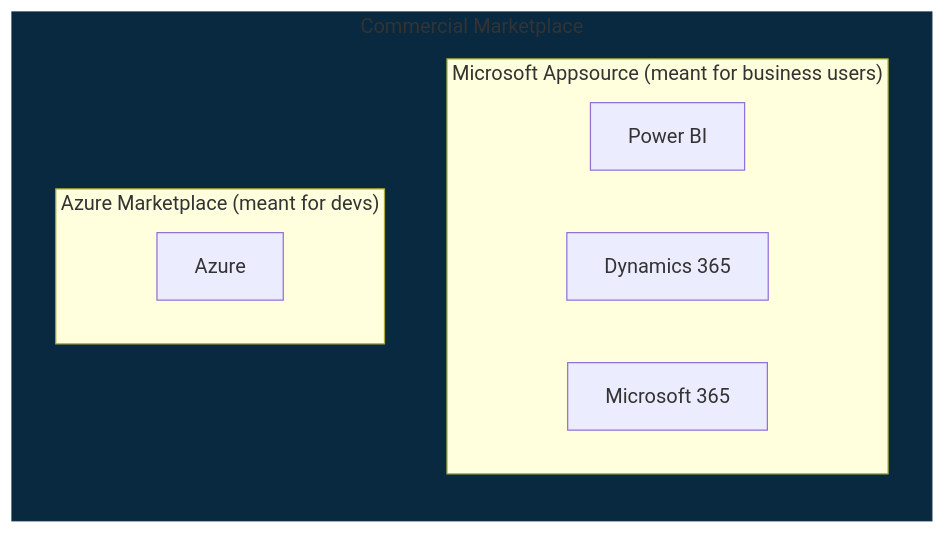
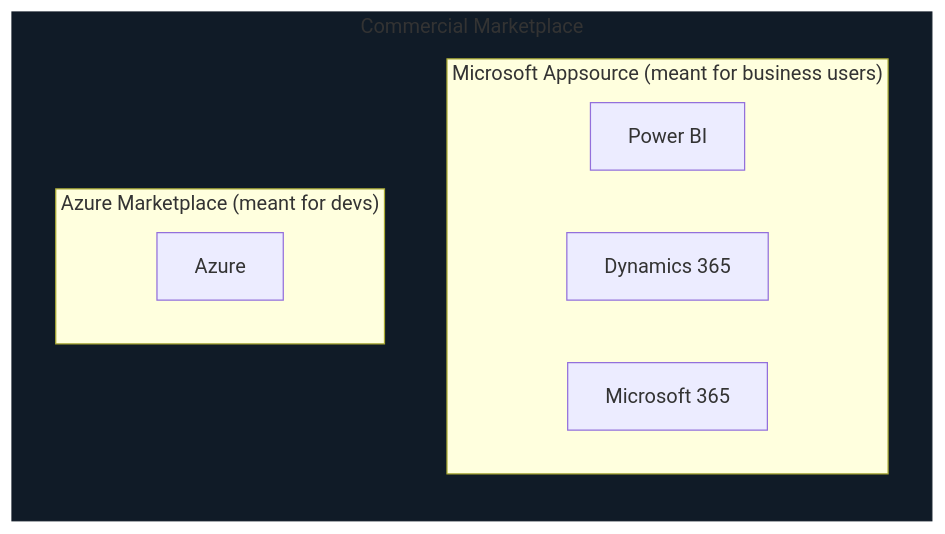
One commit to kodebot/notes2 changed the diagram in Azure/Basics/09-azure-market-place.md. Above: the diagram before and after it, drawn with Mermaid. The commit also changed 2 other files, not shown here.

Commit message:
auto commit

````diff
--- a/Azure/Basics/09-azure-market-place.md
+++ b/Azure/Basics/09-azure-market-place.md
@@ -7,20 +7,20 @@
 ```mermaid
 flowchart LR
     subgraph Background["Commercial Marketplace"]
         subgraph MA["Microsoft Appsource (meant for business users)"]
             a["Power BI"]
             b["Dynamics 365"]
             c["Microsoft 365"]
         end
         subgraph AM["Azure Marketplace (meant for devs)"]
             d["Azure"]
         end
     end
 classDef transparent stroke-width:0,fill:transparent
 classDef blue fill:#0073e6,stroke:#0073e6
 classDef orange fill:#c44601,stroke:#c44601
 classDef green fill:#047e36,stroke:#047e36
 classDef purple fill:#7c307f,stroke:#7c307f
-classDef bg fill:#092941,stroke:#092941
+classDef bg fill:#101b27,stroke:#101b27
 class Background bg
 ```
````
